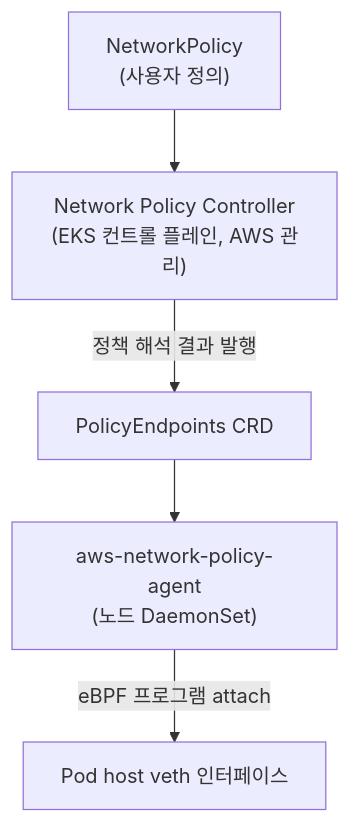
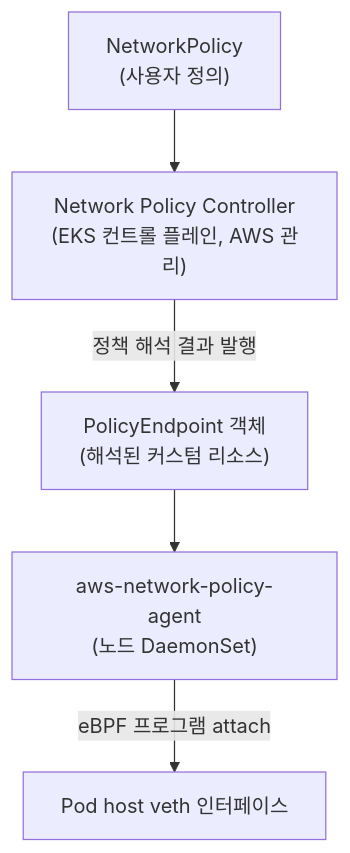
Before and after one commit to devfloor9/engineering-playbook: the second of 2 diagrams in i18n/ko/docusaurus-plugin-content-docs/current/eks-best-practices/networking-performance/vpc-cni-deep-dive.md, drawn with Mermaid. The commit also changed other lines of this file and 7 other files, not shown here.

````diff
--- a/i18n/ko/docusaurus-plugin-content-docs/current/eks-best-practices/networking-performance/vpc-cni-deep-dive.md
+++ b/i18n/ko/docusaurus-plugin-content-docs/current/eks-best-practices/networking-performance/vpc-cni-deep-dive.md
@@ -157,7 +161,7 @@
 ```mermaid
 flowchart TB
     NP["NetworkPolicy<br/>(사용자 정의)"] --> NPC["Network Policy Controller<br/>(EKS 컨트롤 플레인, AWS 관리)"]
-    NPC -->|"정책 해석 결과 발행"| PE["PolicyEndpoints CRD"]
+    NPC -->|"정책 해석 결과 발행"| PE["PolicyEndpoint 객체<br/>(해석된 커스텀 리소스)"]
     PE --> NPA["aws-network-policy-agent<br/>(노드 DaemonSet)"]
     NPA -->|"eBPF 프로그램 attach"| VETH["Pod host veth 인터페이스"]
 ```
````
